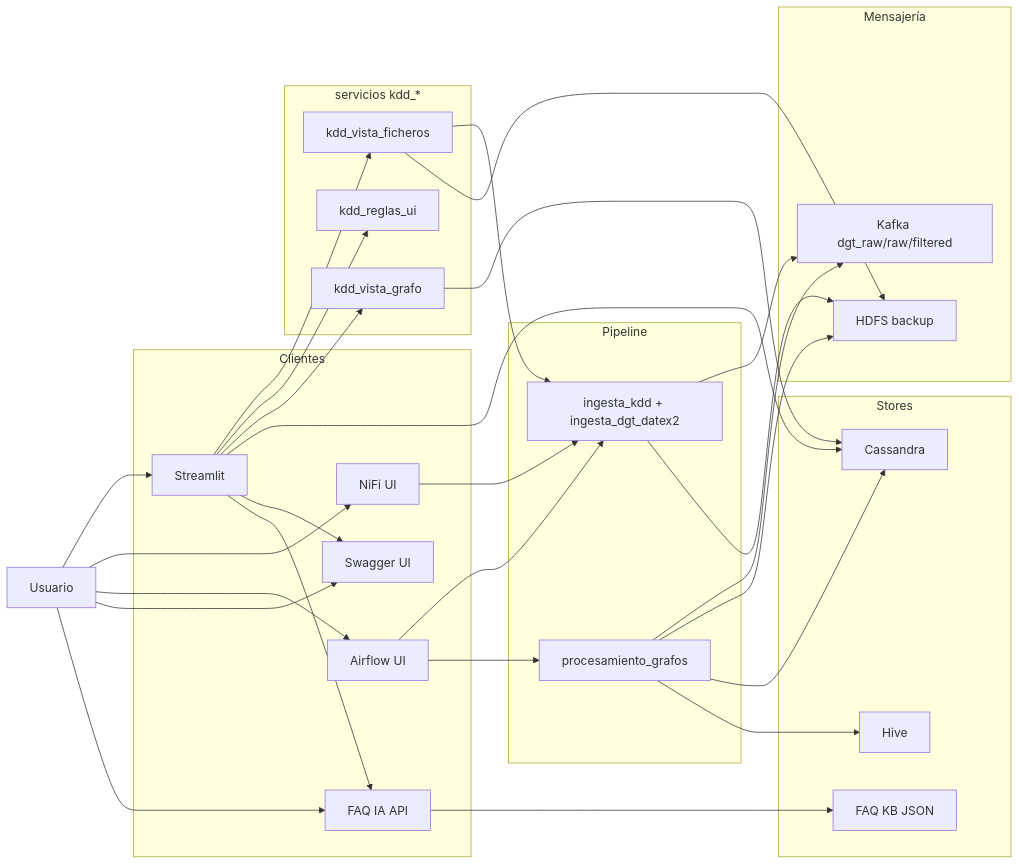
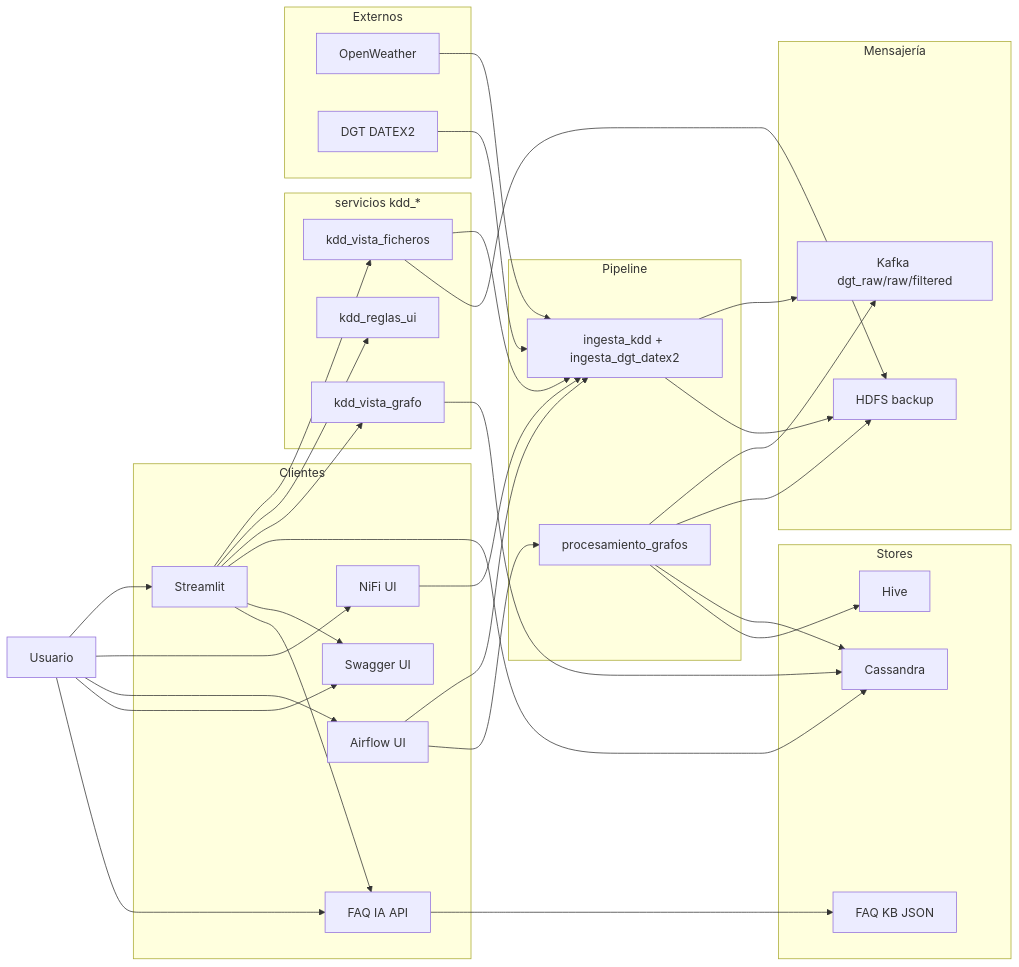
Before and after one commit to gracobjo/proyecto_transporte_global_standalone: the second of 16 diagrams in docs/DIAGRAMAS_MERMAID.md, drawn with Mermaid. The commit also changed other lines of this file and 47 other files, not shown here.

````diff
--- a/docs/DIAGRAMAS_MERMAID.md
+++ b/docs/DIAGRAMAS_MERMAID.md
@@ -68,53 +68,59 @@
 ```mermaid
 flowchart LR
   U[Usuario]
   subgraph Clientes
     ST[Streamlit]
     N[NiFi UI]
     A[Airflow UI]
     SW[Swagger UI]
     FQ[FAQ IA API]
   end
   subgraph UI_KDD[servicios kdd_*]
     VF[kdd_vista_ficheros]
     VR[kdd_reglas_ui]
     VG[kdd_vista_grafo]
   end
   subgraph Pipeline
     I[ingesta_kdd + ingesta_dgt_datex2]
     P[procesamiento_grafos]
   end
+  subgraph Externos
+    OWM[OpenWeather]
+    DGT[DGT DATEX2]
+  end
   subgraph Mensajería
     K[Kafka dgt_raw/raw/filtered]
     H[HDFS backup]
   end
   subgraph Stores
     C[Cassandra]
     V[Hive]
     KB[FAQ KB JSON]
   end
   U --> ST
   U --> N
   U --> A
   U --> SW
   U --> FQ
   ST --> VF
   ST --> VR
   ST --> VG
+  OWM --> I
+  DGT --> I
   VF --> I
   VF --> H
   VG --> C
   N --> I
   A --> I
   A --> P
   I --> K
   I --> H
   P --> K
   P --> H
   P --> C
   P --> V
   ST --> C
   ST --> SW
   ST --> FQ
   FQ --> KB
 ```
````
